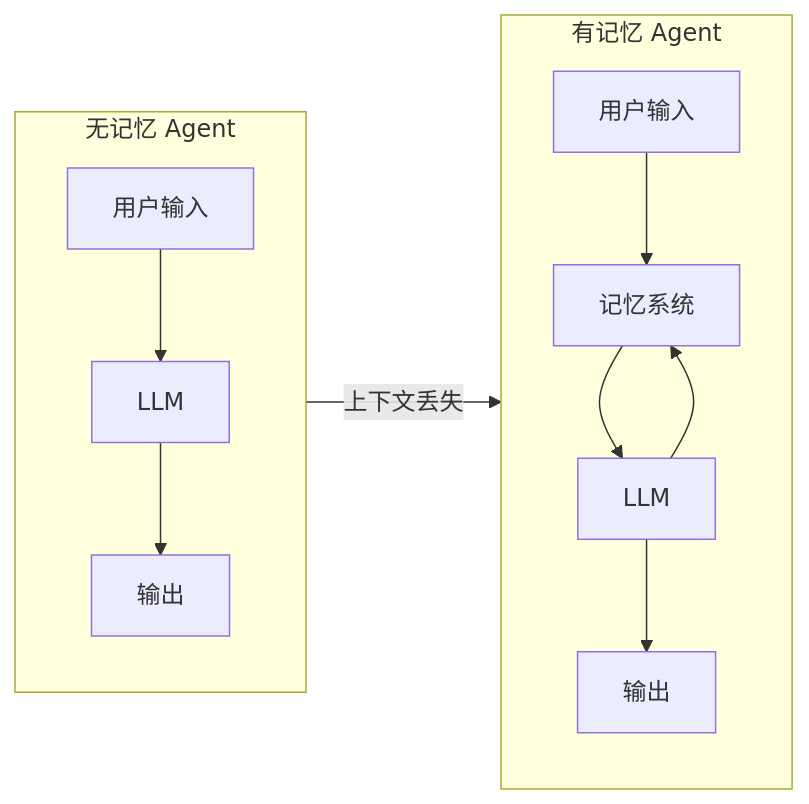
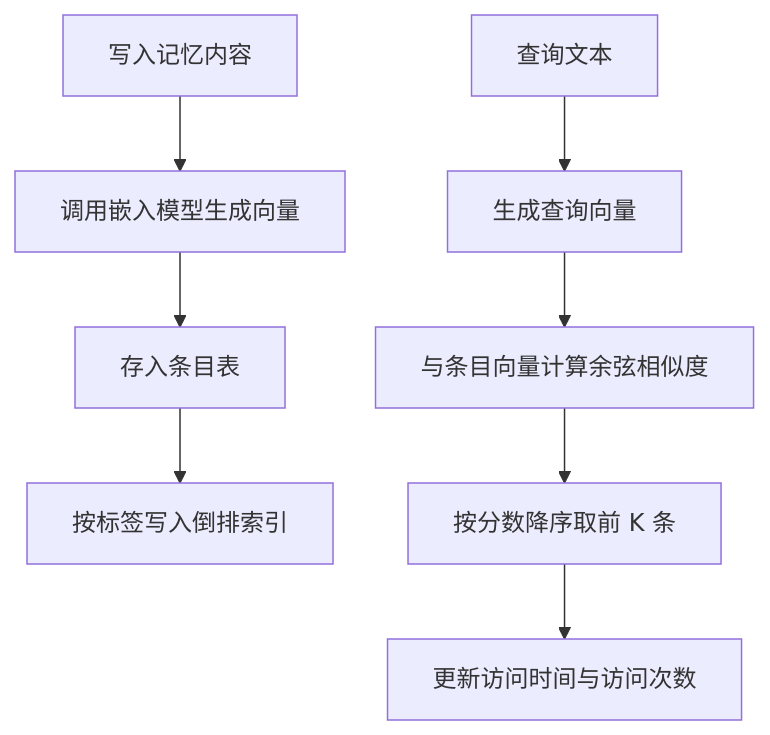
Before and after one commit to Shyu-x/frontend-interview: the fifth of 10 diagrams in docs/agent/architecture/memory-system.md, drawn with Mermaid. The commit also changed other lines of this file and 58 other files, not shown here.

````diff
--- a/docs/agent/architecture/memory-system.md
+++ b/docs/agent/architecture/memory-system.md
@@ -18,16 +709,10 @@
 ```mermaid
-flowchart LR
-    subgraph Without["无记忆 Agent"]
-        A1["用户输入"] --> LLM1["LLM"]
-        LLM1 --> O1["输出"]
-    end
-    
-    subgraph With["有记忆 Agent"]
-        A2["用户输入"] --> MEM["记忆系统"]
-        MEM --> LLM2["LLM"]
-        LLM2 --> O2["输出"]
-        LLM2 --> MEM
-    end
-    
-    Without -->|"上下文丢失"| With
+flowchart TD
+    A["写入记忆内容"] --> B["调用嵌入模型生成向量"]
+    B --> C["存入条目表"]
+    C --> D["按标签写入倒排索引"]
+    E["查询文本"] --> F["生成查询向量"]
+    F --> G["与条目向量计算余弦相似度"]
+    G --> H["按分数降序取前 K 条"]
+    H --> I["更新访问时间与访问次数"]
 ```
````
